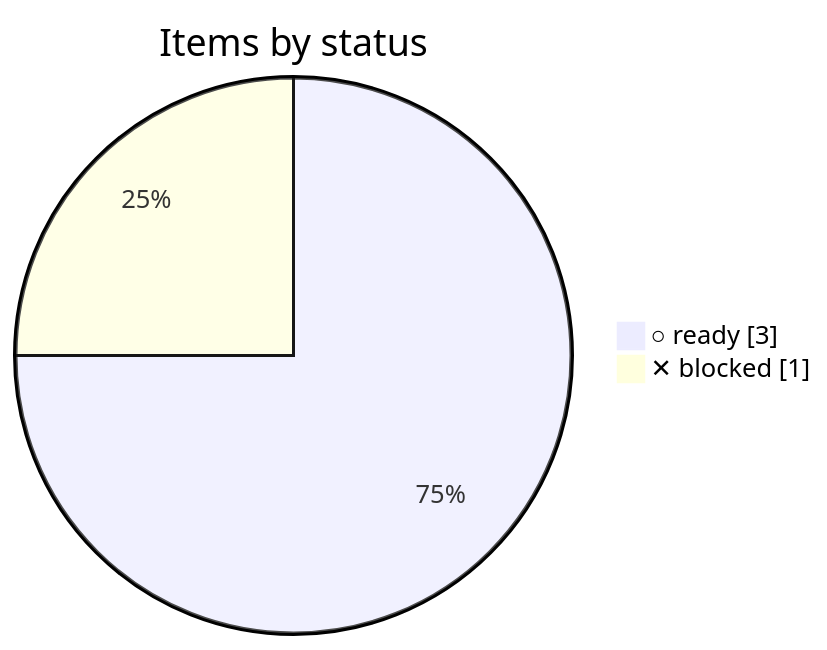
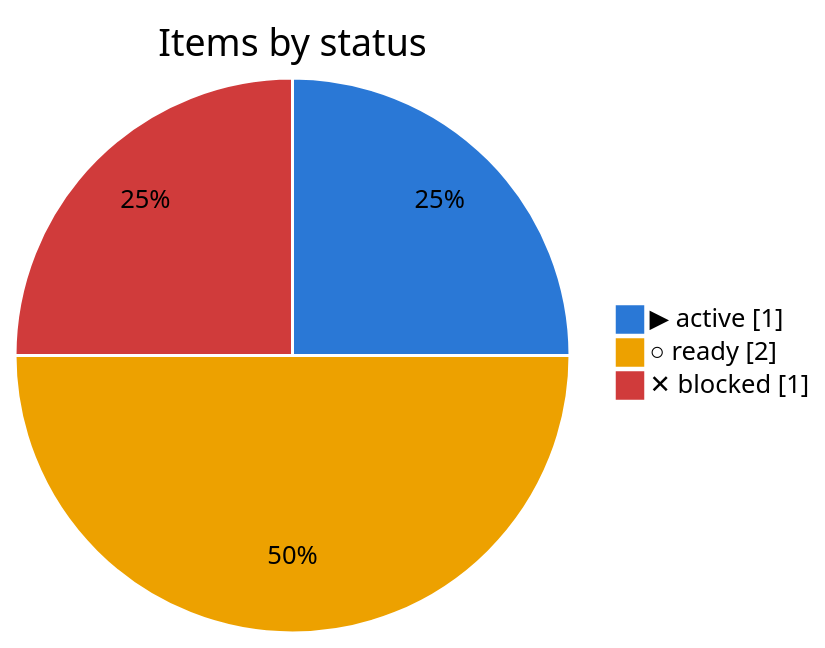
The diagram in docs/forges.md (bvraghav/pmtrack), drawn with Mermaid before and after one commit. The commit also changed other lines of this file and 7 other files, not shown here.

````diff
--- a/docs/forges.md
+++ b/docs/forges.md
@@ -18,5 +18,7 @@
 ```mermaid
+%%{init: {"themeVariables": {"pie1": "#2a78d6", "pie2": "#eda100", "pie3": "#d03b3b", "pieOpacity": "1", "pieSectionTextColor": "#000", "pieStrokeColor": "#fff", "pieStrokeWidth": "2px", "pieOuterStrokeWidth": "0px"}}}%%
 pie showData title Items by status
-  "○ ready" : 3
+  "▶ active" : 1
+  "○ ready" : 2
   "✕ blocked" : 1
 ```
````
